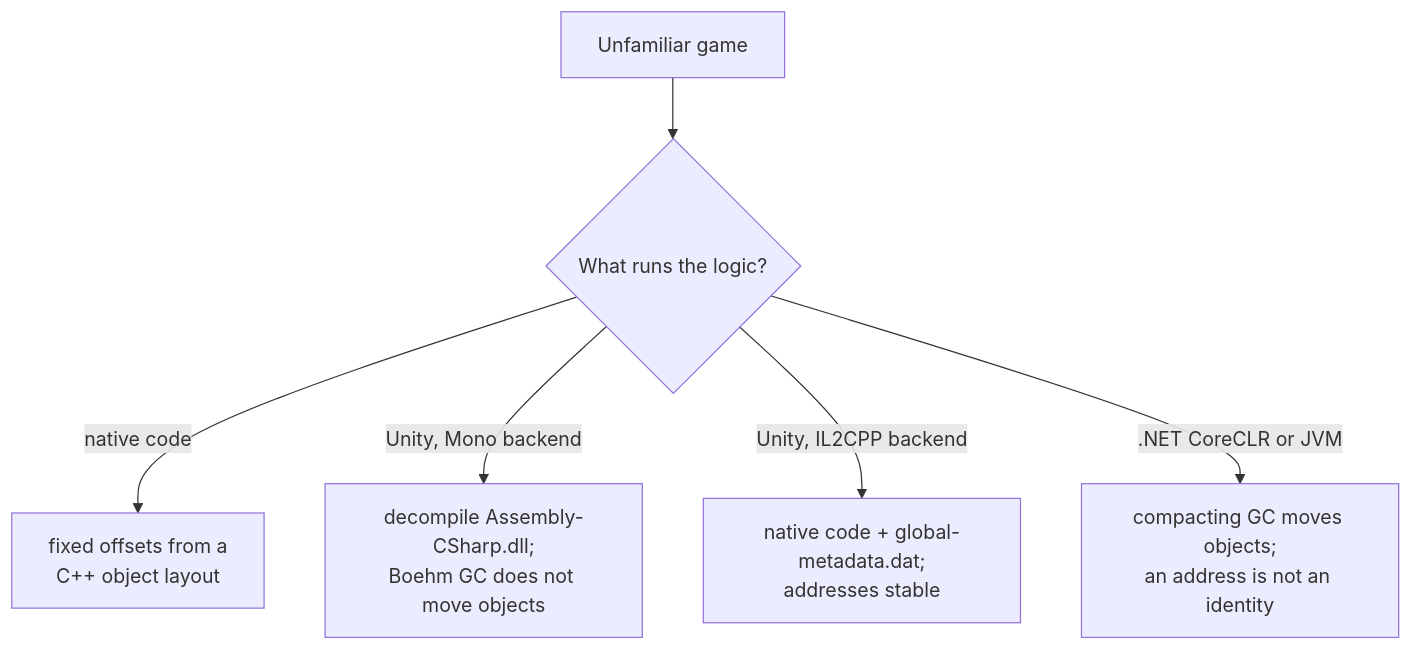
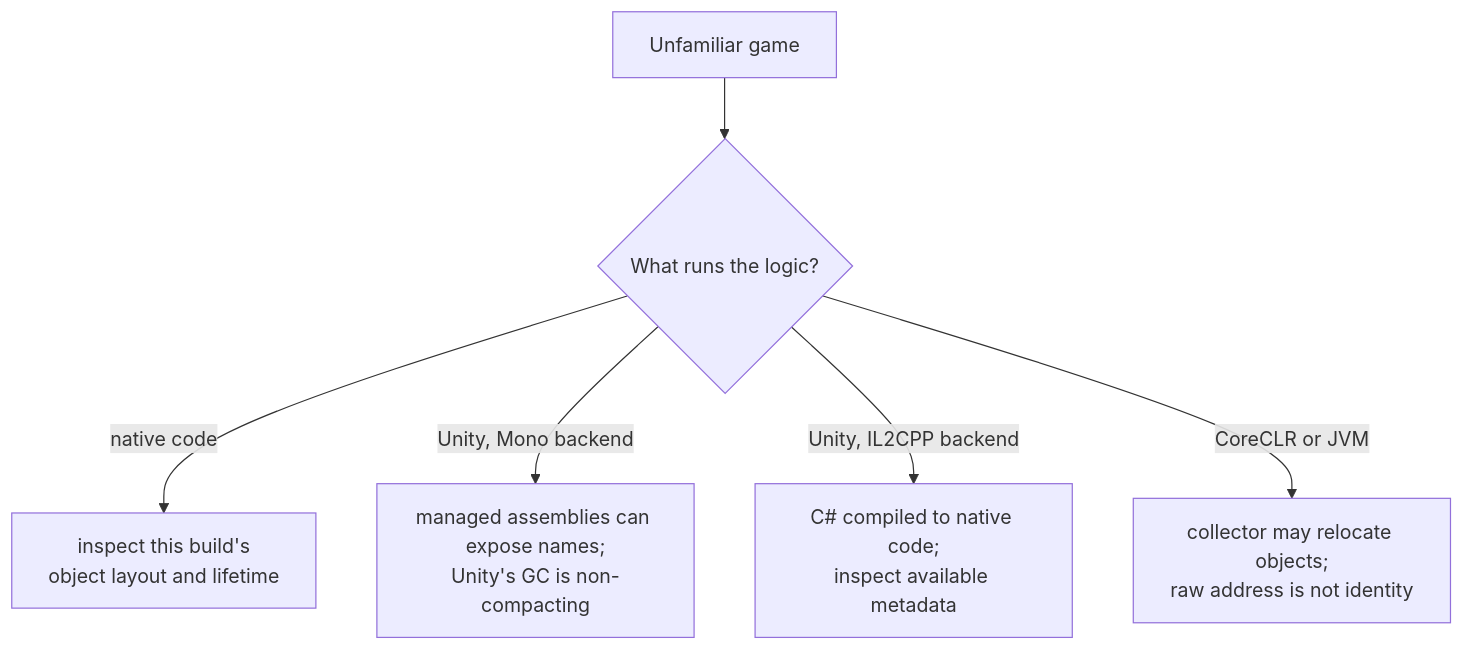
Before and after one commit to MustCodeAl/rust-game-hacking-book: the diagram in site/src/content/docs/pages/10/09.mdx, drawn with Mermaid. The commit also changed other lines of this file and 96 other files, not shown here.

````diff
--- a/site/src/content/docs/pages/10/09.mdx
+++ b/site/src/content/docs/pages/10/09.mdx
@@ -31,8 +29,8 @@
 ```mermaid
 flowchart TD
     A["Unfamiliar game"] --> B{"What runs the logic?"}
-    B -->|"native code"| C["fixed offsets from a<br/>C++ object layout"]
-    B -->|"Unity, Mono backend"| D["decompile Assembly-CSharp.dll;<br/>Boehm GC does not move objects"]
-    B -->|"Unity, IL2CPP backend"| E["native code + global-metadata.dat;<br/>addresses stable"]
-    B -->|".NET CoreCLR or JVM"| F["compacting GC moves objects;<br/>an address is not an identity"]
+    B -->|"native code"| C["inspect this build's<br/>object layout and lifetime"]
+    B -->|"Unity, Mono backend"| D["managed assemblies can expose names;<br/>Unity's GC is non-compacting"]
+    B -->|"Unity, IL2CPP backend"| E["C# compiled to native code;<br/>inspect available metadata"]
+    B -->|"CoreCLR or JVM"| F["collector may relocate objects;<br/>raw address is not identity"]
 ```
````
